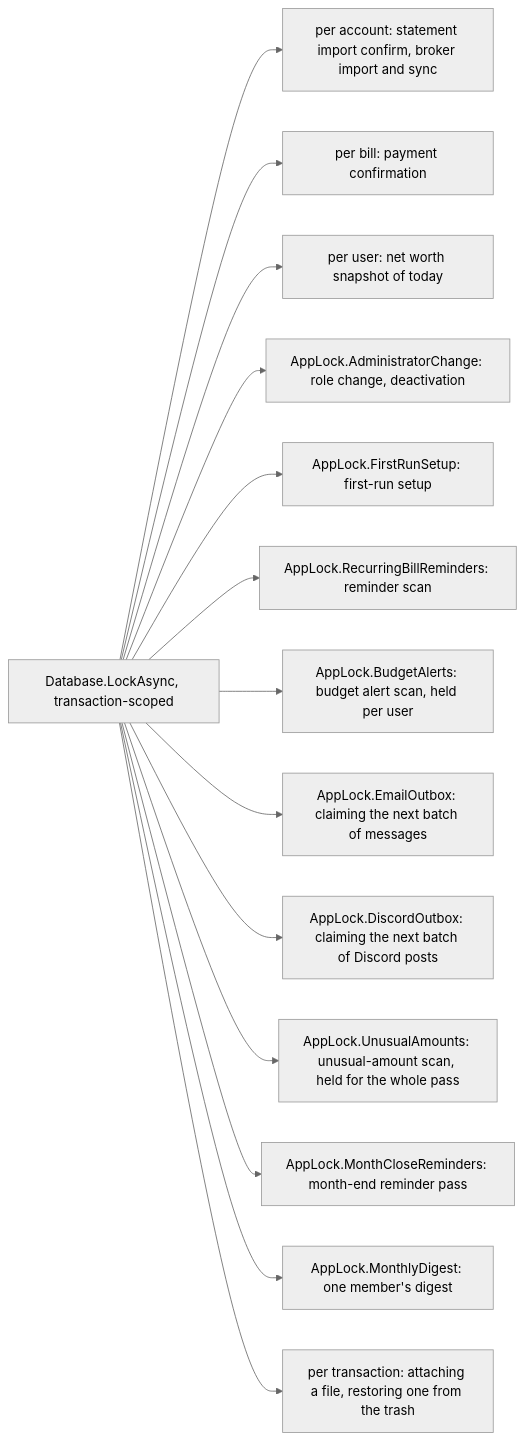
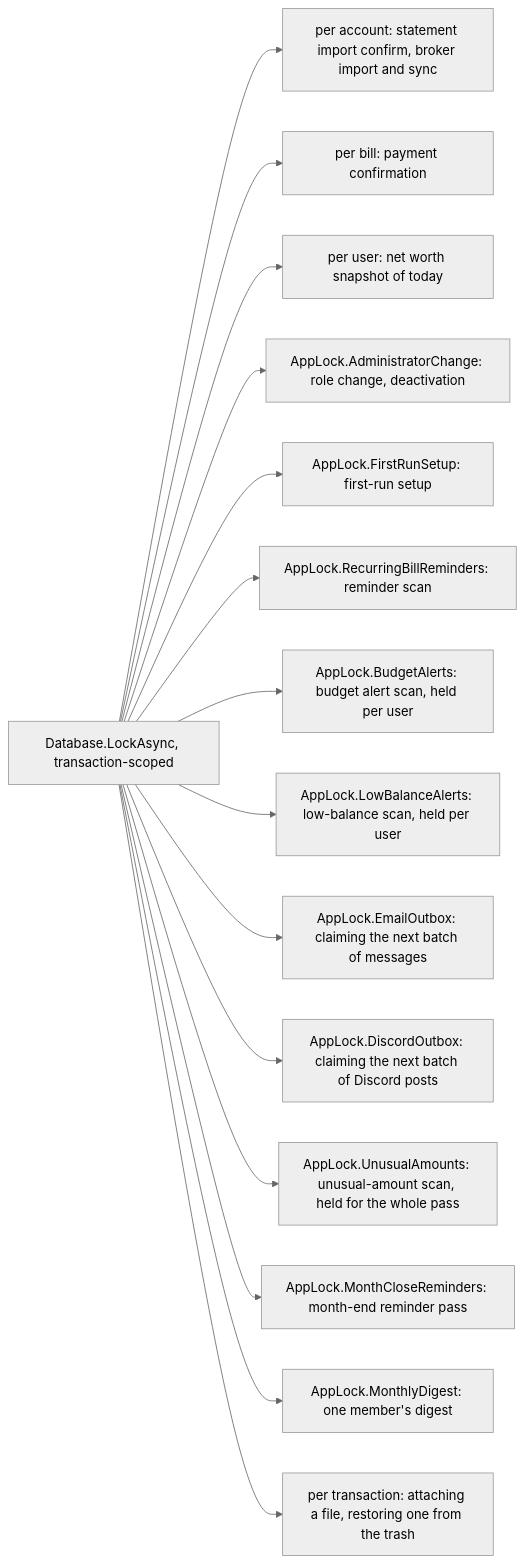
One commit to Justxs/Jx-Finance changed the second of 2 diagrams in docs/features/background-jobs.md. Above: the diagram before and after it, drawn with Mermaid (neutral theme). The commit also changed other lines of this file and 26 other files, not shown here.

````diff
--- a/docs/features/background-jobs.md
+++ b/docs/features/background-jobs.md
@@ -89,16 +90,17 @@
 ```mermaid
 flowchart LR
     Lock["Database.LockAsync, transaction-scoped"] --> A["per account: statement import confirm, broker import and sync"]
     Lock --> Bi["per bill: payment confirmation"]
     Lock --> U["per user: net worth snapshot of today"]
     Lock --> Adm["AppLock.AdministratorChange: role change, deactivation"]
     Lock --> Setup["AppLock.FirstRunSetup: first-run setup"]
     Lock --> Rem["AppLock.RecurringBillReminders: reminder scan"]
     Lock --> Bud["AppLock.BudgetAlerts: budget alert scan, held per user"]
+    Lock --> Low["AppLock.LowBalanceAlerts: low-balance scan, held per user"]
     Lock --> Mail["AppLock.EmailOutbox: claiming the next batch of messages"]
     Lock --> Disc["AppLock.DiscordOutbox: claiming the next batch of Discord posts"]
     Lock --> Unu["AppLock.UnusualAmounts: unusual-amount scan, held for the whole pass"]
     Lock --> Close["AppLock.MonthCloseReminders: month-end reminder pass"]
     Lock --> Dig["AppLock.MonthlyDigest: one member's digest"]
     Lock --> Att["per transaction: attaching a file, restoring one from the trash"]
 ```
````
